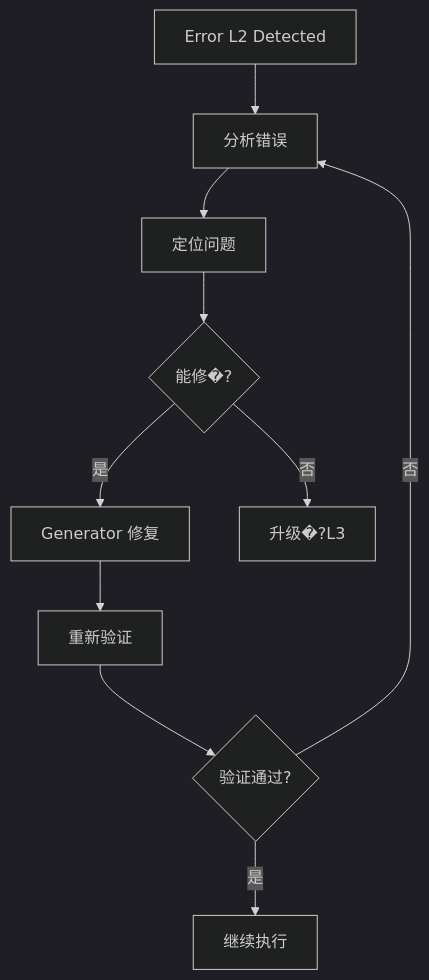
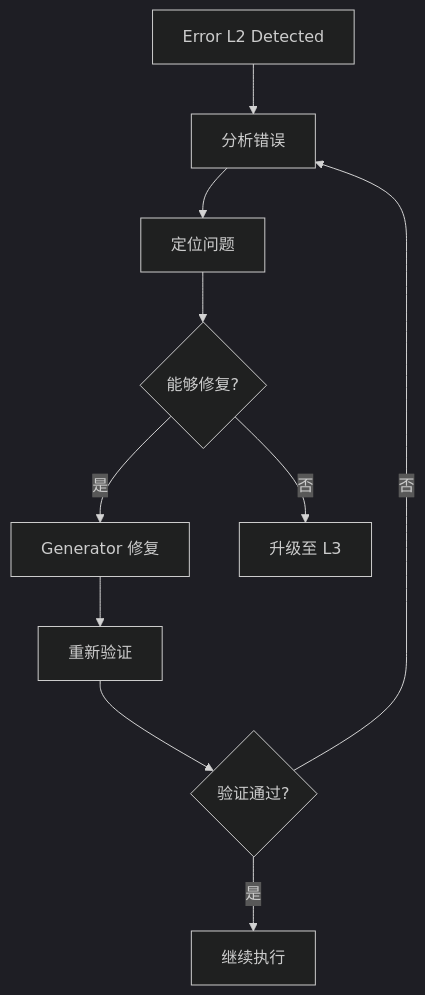
Before and after one commit to duanxldragon/pantheon-base: the second of 2 diagrams in docs/harness/ERROR_RECOVERY_STRATEGY.md, drawn with Mermaid (dark theme). The commit also changed other lines of this file and 9 other files, not shown here.

````diff
--- a/docs/harness/ERROR_RECOVERY_STRATEGY.md
+++ b/docs/harness/ERROR_RECOVERY_STRATEGY.md
@@ -85,12 +88,12 @@
 ```mermaid
 flowchart TD
     A[Error L2 Detected] --> B[分析错误]
     B --> C[定位问题]
-    C --> D{能修�?}
+    C --> D{能够修复?}
     D -->|是| E[Generator 修复]
     E --> F[重新验证]
     F --> G{验证通过?}
     G -->|是| H[继续执行]
     G -->|否| B
-    D -->|否| I[升级�?L3]
+    D -->|否| I[升级至 L3]
 ```
````
